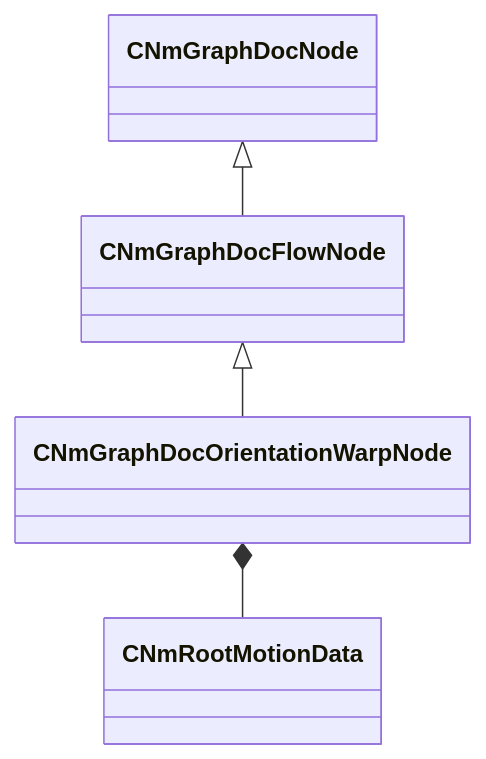
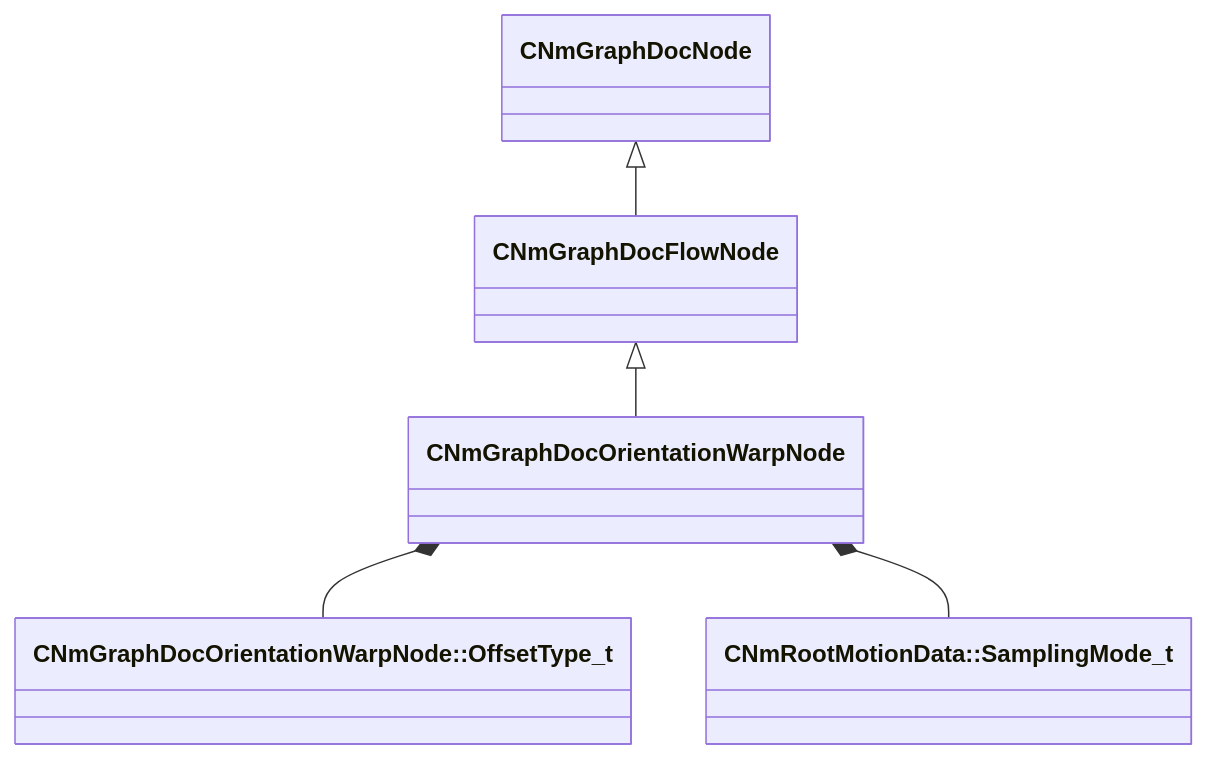
Before and after one commit to CS2OpenDev/CS2OpenDev-Docs: the diagram in docs/generated/schemas/animdoclib/CNmGraphDocOrientationWarpNode.md, drawn with Mermaid. The commit also changed other lines of this file and 4525 other files, not shown here.

````diff
--- a/docs/generated/schemas/animdoclib/CNmGraphDocOrientationWarpNode.md
+++ b/docs/generated/schemas/animdoclib/CNmGraphDocOrientationWarpNode.md
@@ -17,6 +19,7 @@
 ```mermaid
 classDiagram
     CNmGraphDocFlowNode <|-- CNmGraphDocOrientationWarpNode
     CNmGraphDocNode <|-- CNmGraphDocFlowNode
-    CNmGraphDocOrientationWarpNode *-- CNmRootMotionData
+    CNmGraphDocOrientationWarpNode *-- `CNmGraphDocOrientationWarpNode::OffsetType_t`
+    CNmGraphDocOrientationWarpNode *-- `CNmRootMotionData::SamplingMode_t`
 ```
````
